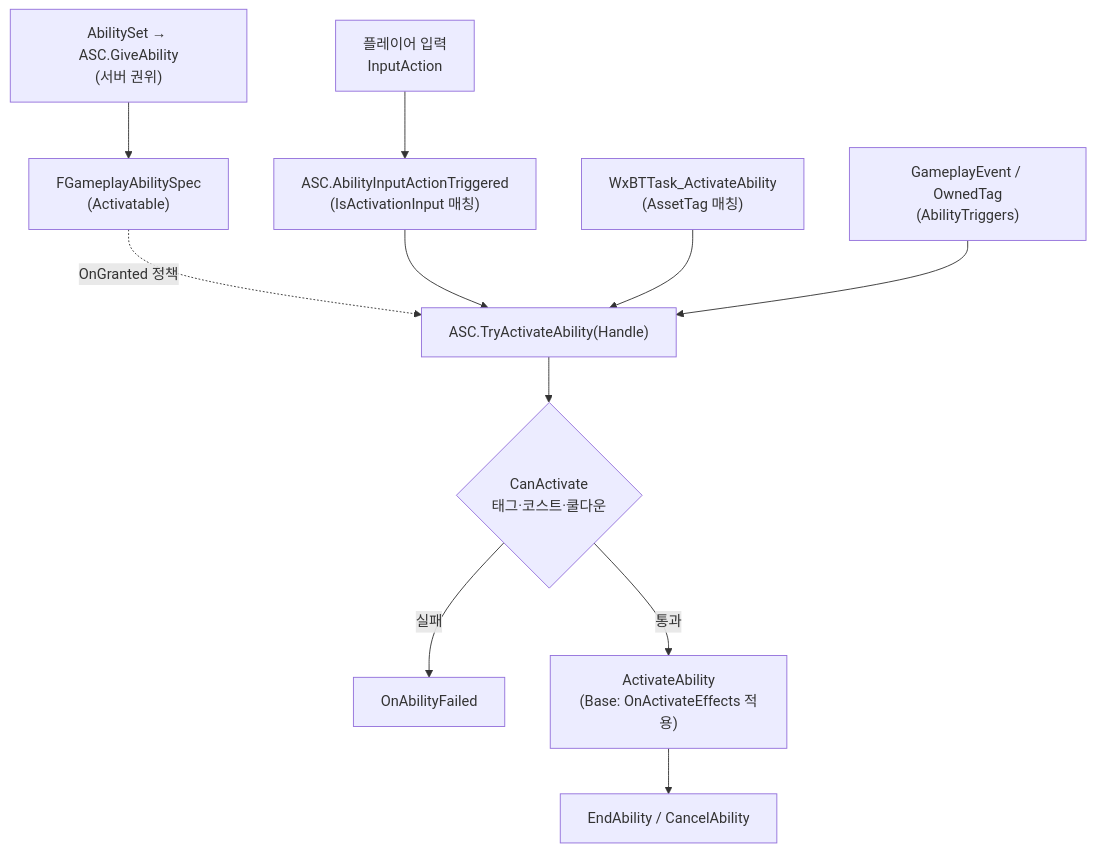
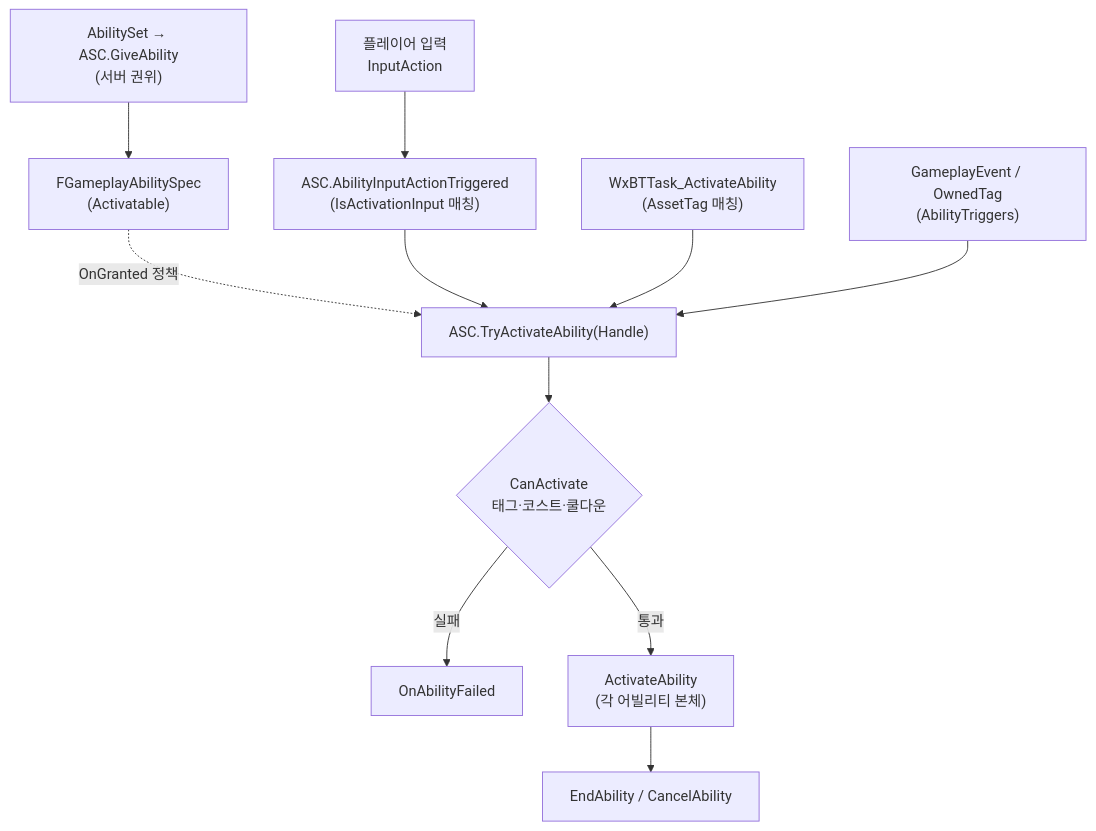
The diagram in Docs/Programmer/Ability_Activation_Flow.md (Woogl/ProjectWx), drawn with Mermaid before and after one commit. The commit also changed other lines of this file and 6 other files, not shown here.

````diff
--- a/Docs/Programmer/Ability_Activation_Flow.md
+++ b/Docs/Programmer/Ability_Activation_Flow.md
@@ -22,12 +22,12 @@
 ```mermaid
 flowchart TD
     Grant["AbilitySet → ASC.GiveAbility<br/>(서버 권위)"] --> Spec["FGameplayAbilitySpec<br/>(Activatable)"]
     Spec -. "OnGranted 정책" .-> TAA
     Input["플레이어 입력<br/>InputAction"] --> ASCIn["ASC.AbilityInputActionTriggered<br/>(IsActivationInput 매칭)"] --> TAA["ASC.TryActivateAbility(Handle)"]
     AI["WxBTTask_ActivateAbility<br/>(AssetTag 매칭)"] --> TAA
     Event["GameplayEvent / OwnedTag<br/>(AbilityTriggers)"] --> TAA
     TAA --> Gate{"CanActivate<br/>태그·코스트·쿨다운"}
     Gate -- 실패 --> Fail["OnAbilityFailed"]
-    Gate -- 통과 --> Act["ActivateAbility<br/>(Base: OnActivateEffects 적용)"]
+    Gate -- 통과 --> Act["ActivateAbility<br/>(각 어빌리티 본체)"]
     Act --> End["EndAbility / CancelAbility"]
 ```
````
